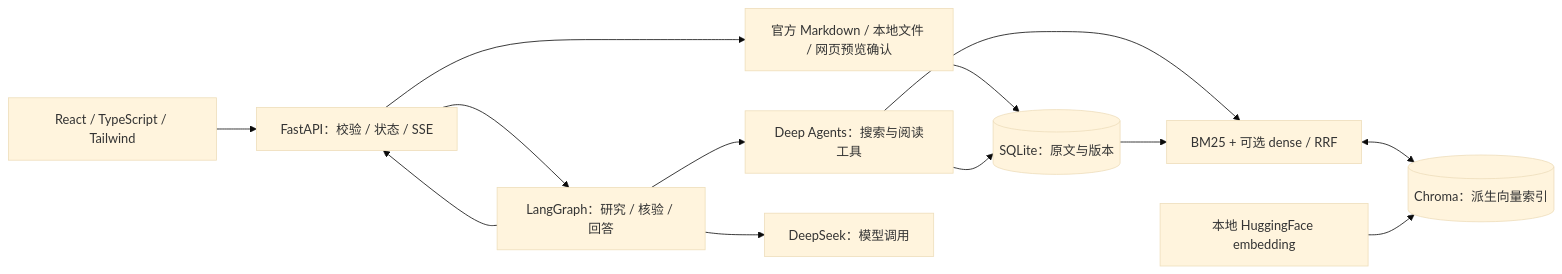
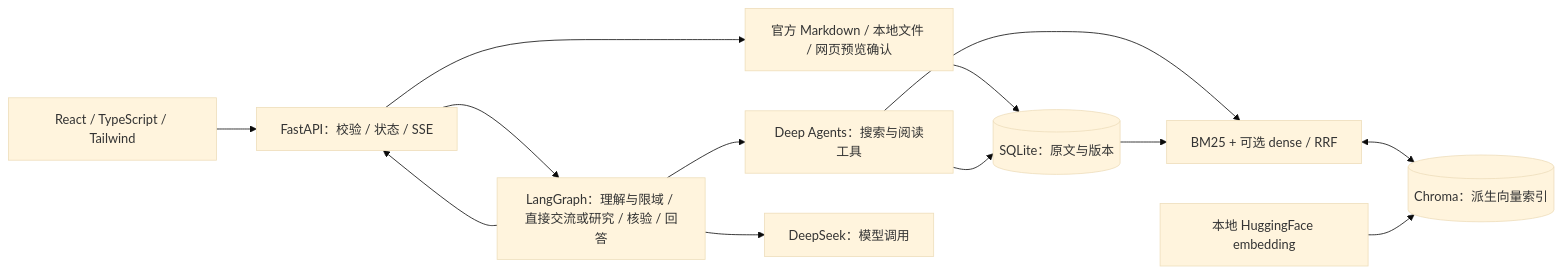
One commit to fhfeishi/pipelines_rag changed the first of 2 diagrams in dev_docs/static1_design/HLD.md. Above: the diagram before and after it, drawn with Mermaid (base theme). The commit also changed other lines of this file and 9 other files, not shown here.

````diff
--- a/dev_docs/static1_design/HLD.md
+++ b/dev_docs/static1_design/HLD.md
@@ -16,15 +16,15 @@
 ```mermaid
 flowchart LR
   Browser[React / TypeScript / Tailwind] --> API[FastAPI：校验 / 状态 / SSE]
   API --> Import[官方 Markdown / 本地文件 / 网页预览确认]
   Import --> DB[(SQLite：原文与版本)]
-  API --> Graph[LangGraph：研究 / 核验 / 回答]
+  API --> Graph[LangGraph：理解与限域 / 直接交流或研究 / 核验 / 回答]
   Graph --> Agent[Deep Agents：搜索与阅读工具]
   Agent --> Retrieval[BM25 + 可选 dense / RRF]
   DB --> Retrieval
   Retrieval <--> Chroma[(Chroma：派生向量索引)]
   HF[本地 HuggingFace embedding] --> Chroma
   Agent --> DB
   Graph --> Model[DeepSeek：模型调用]
   Graph --> API
 ```
````
